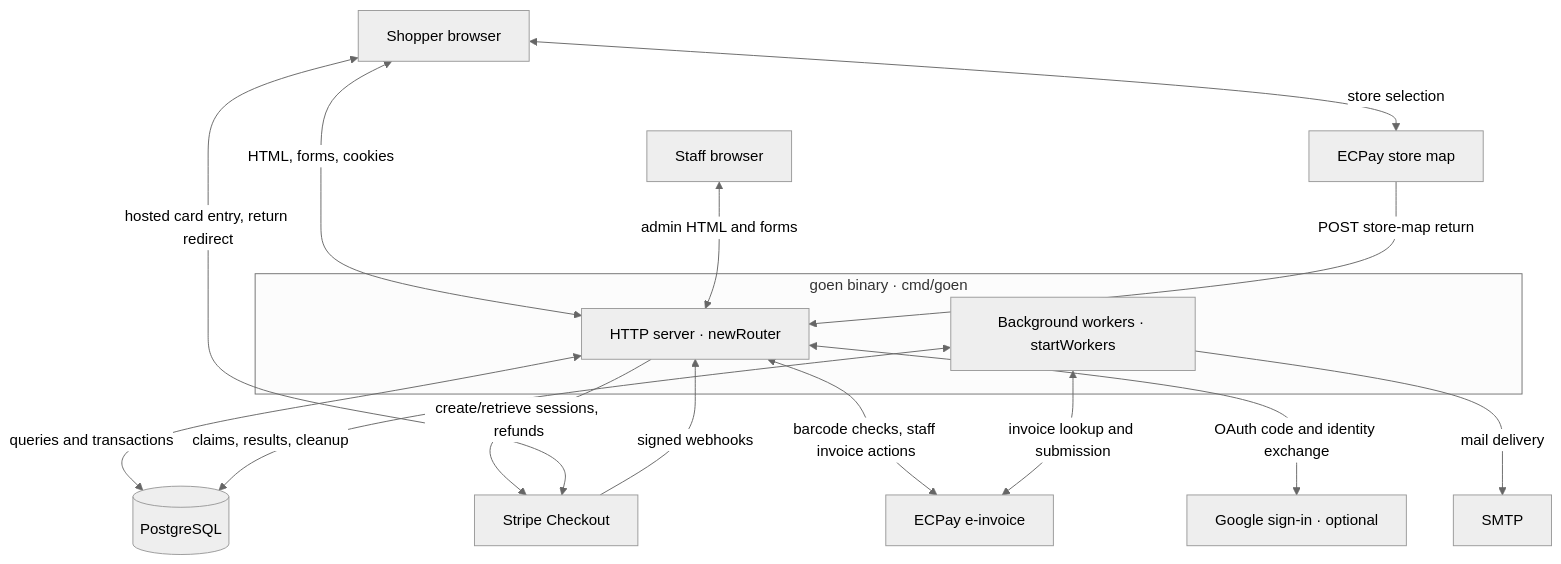
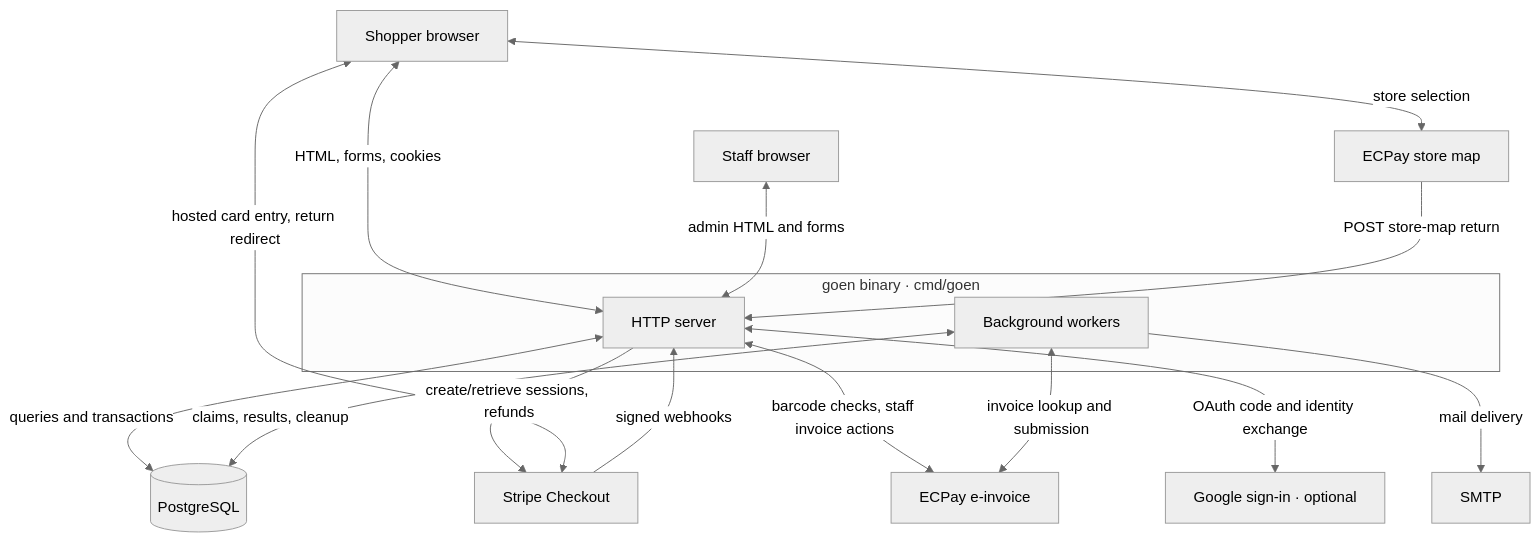
The first of 8 diagrams in ARCHITECTURE.md (Koopa0/goen), drawn with Mermaid (neutral theme) before and after one commit. The commit also changed other lines of this file, not shown here.

First line of the commit message:
docs: rewrite ARCHITECTURE.md (#1085)

````diff
--- a/ARCHITECTURE.md
+++ b/ARCHITECTURE.md
@@ -9,20 +11,20 @@
 ```mermaid
 flowchart TB
     subgraph goen["goen binary · cmd/goen"]
-        http["HTTP server · newRouter"]
-        workers["Background workers · startWorkers"]
+        http["HTTP server"]
+        workers["Background workers"]
     end
     shopper["Shopper browser"] <-->|HTML, forms, cookies| http
     staff["Staff browser"] <-->|admin HTML and forms| http
     http <-->|queries and transactions| db[("PostgreSQL")]
     workers <-->|claims, results, cleanup| db
     http -->|create/retrieve sessions, refunds| stripe["Stripe Checkout"]
     stripe -->|signed webhooks| http
     shopper <-->|hosted card entry, return redirect| stripe
     http <-->|barcode checks, staff invoice actions| invoice["ECPay e-invoice"]
     workers <-->|invoice lookup and submission| invoice
     shopper <-->|store selection| map["ECPay store map"]
     map -->|POST store-map return| http
     workers -->|mail delivery| smtp["SMTP"]
     http <-->|OAuth code and identity exchange| google["Google sign-in · optional"]
 ```
````
